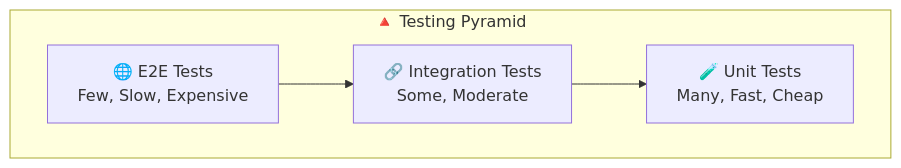
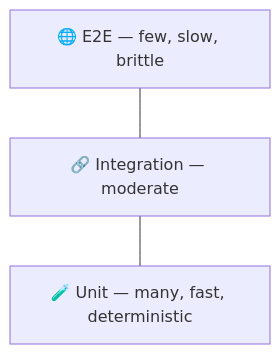
One commit to inno-devops-labs/DevOps-Core-Course changed the fifth of 7 diagrams in lectures/lec3.md. Above: the diagram before and after it, drawn with Mermaid. The commit also changed other lines of this file and 24 other files, not shown here.

````diff
--- a/lectures/lec3.md
+++ b/lectures/lec3.md
@@ -234,9 +156,8 @@
 ```mermaid
 flowchart TD
-  subgraph Pyramid["🔺 Testing Pyramid"]
-    E2E[🌐 E2E Tests<br/>Few, Slow, Expensive]
-    INT[🔗 Integration Tests<br/>Some, Moderate]
-    UNIT[🧪 Unit Tests<br/>Many, Fast, Cheap]
-  end
-  E2E --> INT --> UNIT
+  E2E[🌐 E2E — few, slow, brittle]
+  INT[🔗 Integration — moderate]
+  UNIT[🧪 Unit — many, fast, deterministic]
+  E2E --- INT
+  INT --- UNIT
 ```
````
